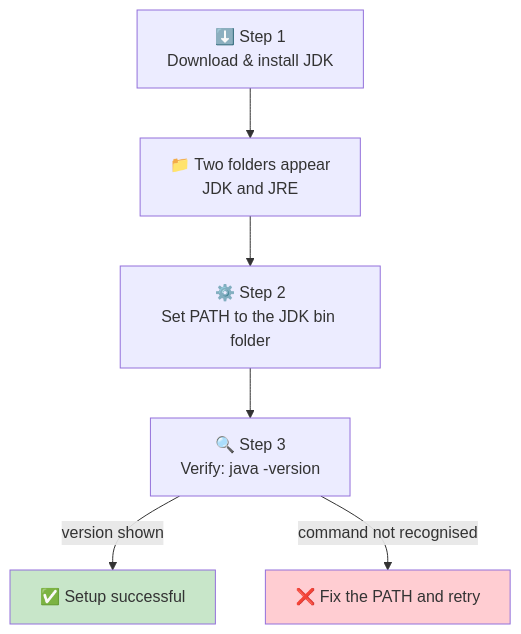
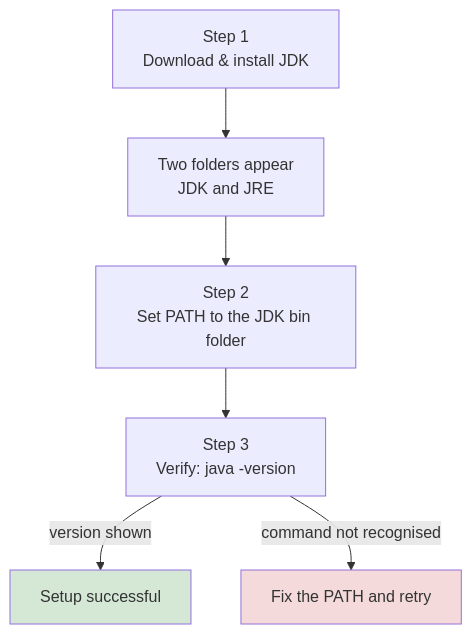
The first of 2 diagrams in src/Theory/01-Java-Introduction-and-Setup/03-Java-Installation.md (kundankumarsharma56/Leaning-Java), drawn with Mermaid before and after one commit. The commit also changed other lines of this file and 84 other files, not shown here.

````diff
--- a/src/Theory/01-Java-Introduction-and-Setup/03-Java-Installation.md
+++ b/src/Theory/01-Java-Introduction-and-Setup/03-Java-Installation.md
@@ -21,10 +21,10 @@
 ```mermaid
 flowchart TD
-    A["⬇️ Step 1<br/>Download & install JDK"] --> B["📁 Two folders appear<br/>JDK and JRE"]
-    B --> C["⚙️ Step 2<br/>Set PATH to the JDK bin folder"]
-    C --> D["🔍 Step 3<br/>Verify: java -version"]
-    D -->|version shown| E["✅ Setup successful"]
-    D -->|command not recognised| F["❌ Fix the PATH and retry"]
-    style E fill:#c8e6c9
-    style F fill:#ffcdd2
+    A["Step 1<br/>Download & install JDK"] --> B["Two folders appear<br/>JDK and JRE"]
+    B --> C["Step 2<br/>Set PATH to the JDK bin folder"]
+    C --> D["Step 3<br/>Verify: java -version"]
+    D -->|version shown| E["Setup successful"]
+    D -->|command not recognised| F["Fix the PATH and retry"]
+    style E fill:#d5e8d6
+    style F fill:#f4dada
 ```
````
